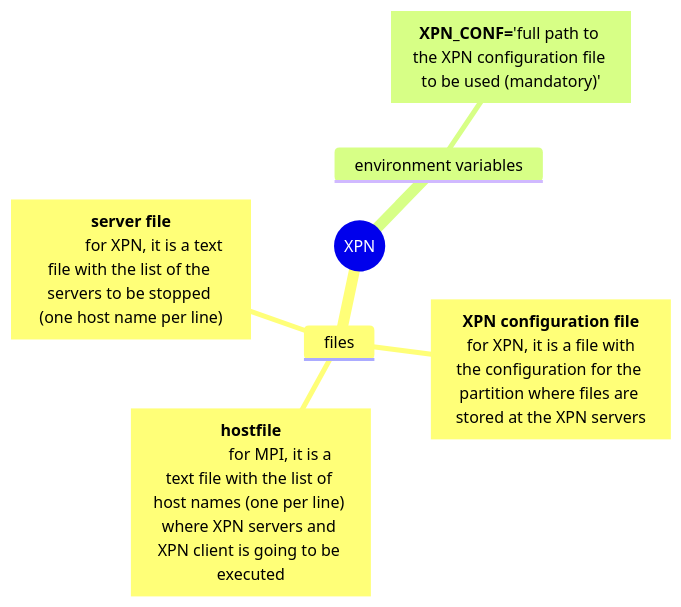
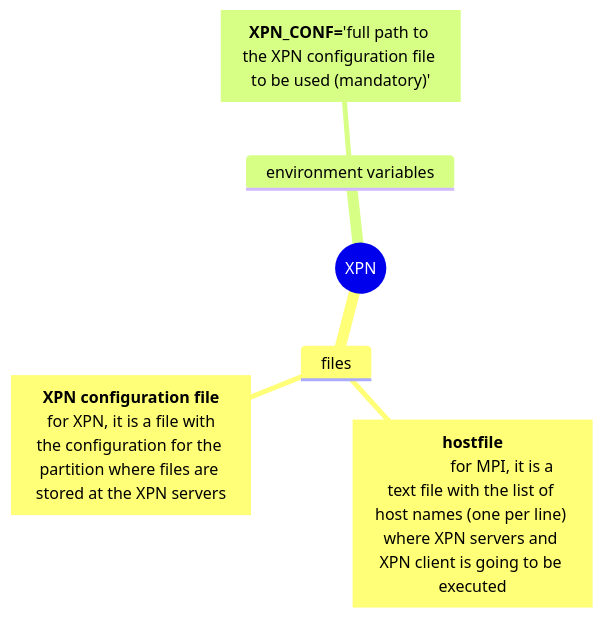
One commit to xpn-arcos/xpn changed the second of 4 diagrams in README.md. Above: the diagram before and after it, drawn with Mermaid. The commit also changed other lines of this file, not shown here.

````diff
--- a/README.md
+++ b/README.md
@@ -111,10 +111,9 @@
   ```mermaid
   mindmap
   root((XPN))
     files
         ["`**hostfile**</br>               for MPI, it is a text file with the list of host names (one per line) where XPN servers and XPN client is going to be executed`"]
         ["`**XPN configuration file**</br> for XPN, it is a file with the configuration for the partition where files are stored at the XPN servers`"]
-        ["`**server file**</br>            for XPN, it is a text file with the list of the servers to be stopped (one host name per line)`"]
     environment variables
         ["`**XPN_CONF=**'full path to the XPN configuration file to be used (mandatory)'`"]
 ```
````
